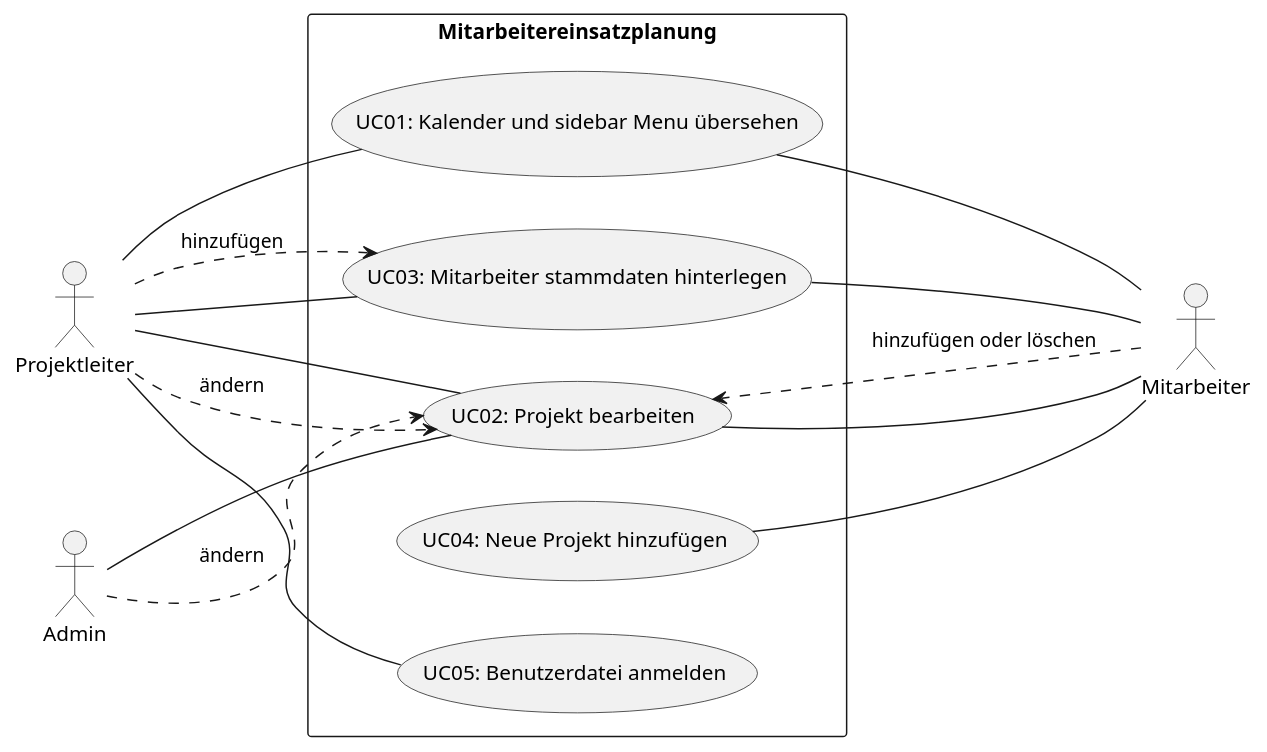
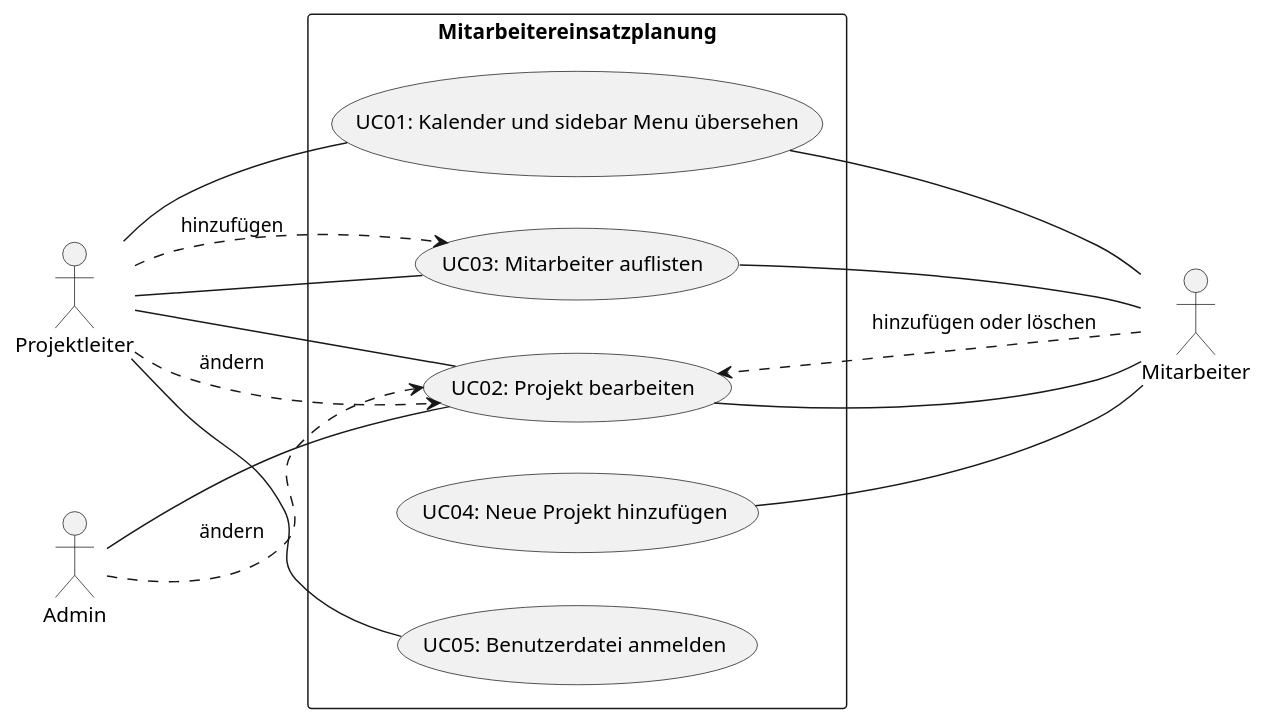
Before and after one commit to Keyur1876/E03-Mitarbeitereinsatzplanung: the diagram in documentation/docs/requirements/plantuml/use-case_diagram.puml, drawn with PlantUML. The commit also changed 3 other files, not shown here.

```diff
--- a/documentation/docs/requirements/plantuml/use-case_diagram.puml
+++ b/documentation/docs/requirements/plantuml/use-case_diagram.puml
@@ -1,37 +1,37 @@
 @startuml example-usecase-diagram
 left to right direction
 
 ' skin parameters for usecase with special stereotype
 skinparam usecase<<unspezifiziert>> {
   BackgroundColor #eee
   BorderColor #red
   StereotypeFontColor #gray
   StereotypeFontSize 10
 }
 
 actor Projektleiter
 actor Mitarbeiter
 actor Admin
 
 rectangle "Mitarbeitereinsatzplanung" {
   usecase "UC01: Kalender und sidebar Menu übersehen" as uc01
   usecase "UC02: Projekt bearbeiten" as uc02
-  usecase "UC03: Mitarbeiter stammdaten hinterlegen" as uc03
+  usecase "UC03: Mitarbeiter auflisten" as uc03
   usecase "UC04: Neue Projekt hinzufügen" as uc04
   usecase "UC05: Benutzerdatei anmelden" as uc05
 }
 
 Projektleiter -- uc01
 uc01 -- Mitarbeiter
 Projektleiter -- uc02
 Projektleiter .down.> uc02 : ändern
 Admin -- uc02
 Admin .down.> uc02 : ändern
 uc02 -- Mitarbeiter
 Mitarbeiter .down.> uc02 : hinzufügen oder löschen
 Projektleiter -- uc03
 Projektleiter .down.> uc03 : hinzufügen
 uc03 -- Mitarbeiter
 uc04 -- Mitarbeiter
 Projektleiter -- uc05 
 @enduml
```
